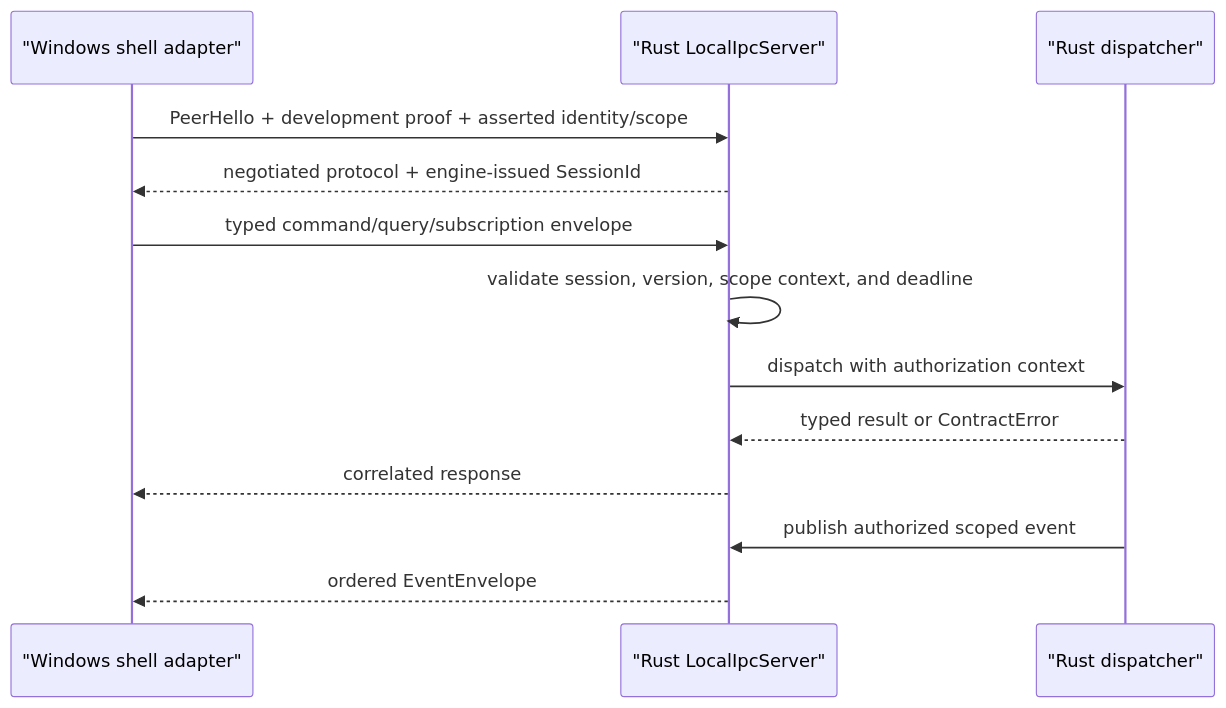
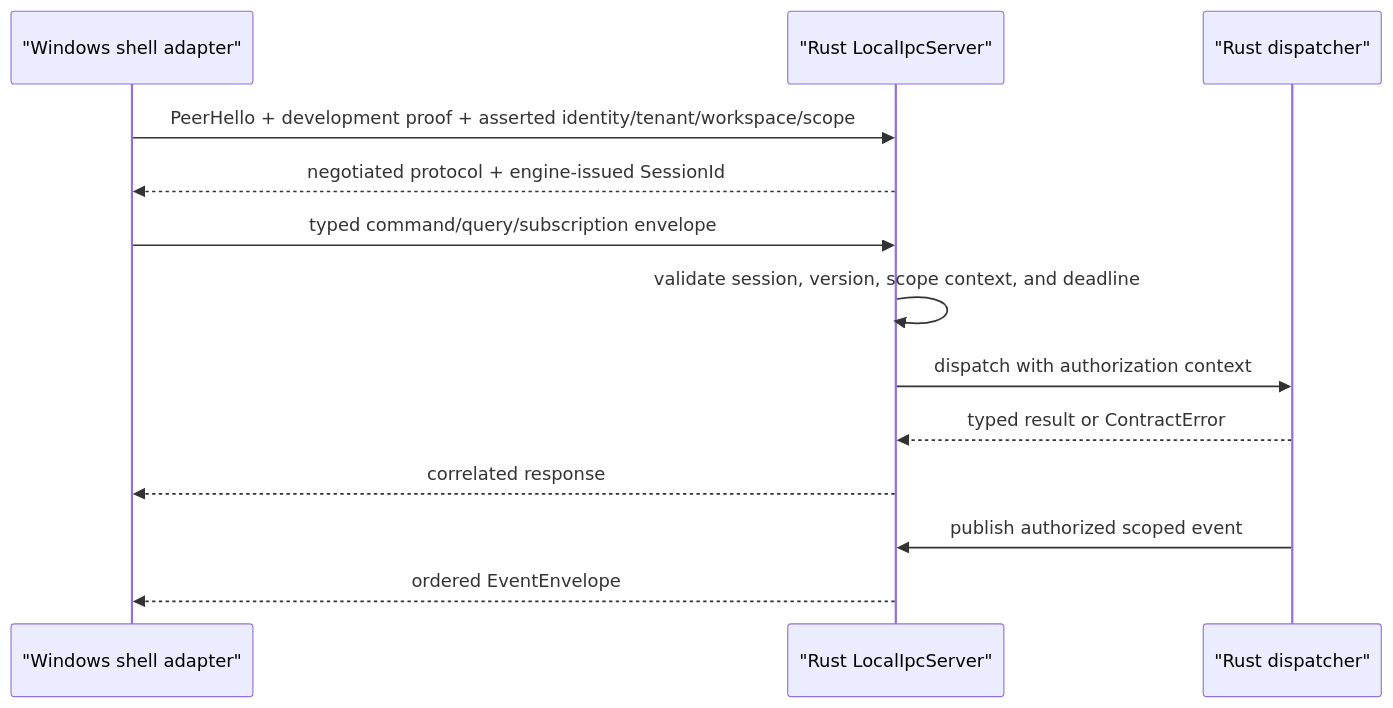
Before and after one commit to HusseinBaraja/Eitmad: the diagram in docs/developer/subsystems/local-ipc.md, drawn with Mermaid. The commit also changed other lines of this file and 21 other files, not shown here.

````diff
--- a/docs/developer/subsystems/local-ipc.md
+++ b/docs/developer/subsystems/local-ipc.md
@@ -37,15 +37,15 @@
 ```mermaid
 sequenceDiagram
     participant Shell as "Windows shell adapter"
     participant IPC as "Rust LocalIpcServer"
     participant Domain as "Rust dispatcher"
-    Shell->>IPC: PeerHello + development proof + asserted identity/scope
+    Shell->>IPC: PeerHello + development proof + asserted identity/tenant/workspace/scope
     IPC-->>Shell: negotiated protocol + engine-issued SessionId
     Shell->>IPC: typed command/query/subscription envelope
     IPC->>IPC: validate session, version, scope context, and deadline
     IPC->>Domain: dispatch with authorization context
     Domain-->>IPC: typed result or ContractError
     IPC-->>Shell: correlated response
     Domain->>IPC: publish authorized scoped event
     IPC-->>Shell: ordered EventEnvelope
 ```
````
